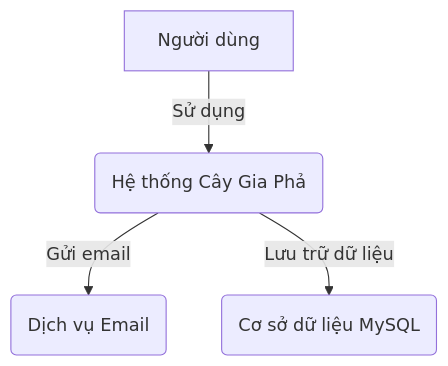
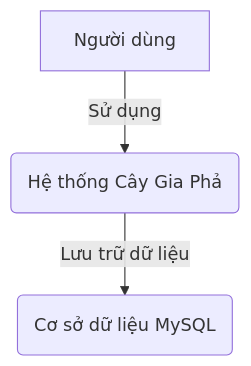
Before and after one commit to hkthao/family-tree-3: the first of 5 diagrams in docs/engineering/architecture.md, drawn with Mermaid. The commit also changed other lines of this file and 9 other files, not shown here.

````diff
--- a/docs/engineering/architecture.md
+++ b/docs/engineering/architecture.md
@@ -20,6 +20,5 @@
 ```mermaid
 graph TD
     A[Người dùng] -->|Sử dụng| B(Hệ thống Cây Gia Phả)
-    B -->|Gửi email| C(Dịch vụ Email)
-    B -->|Lưu trữ dữ liệu| D(Cơ sở dữ liệu MySQL)
+    B -->|Lưu trữ dữ liệu| C(Cơ sở dữ liệu MySQL)
 ```
````
